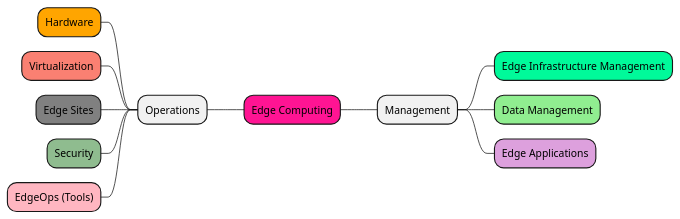
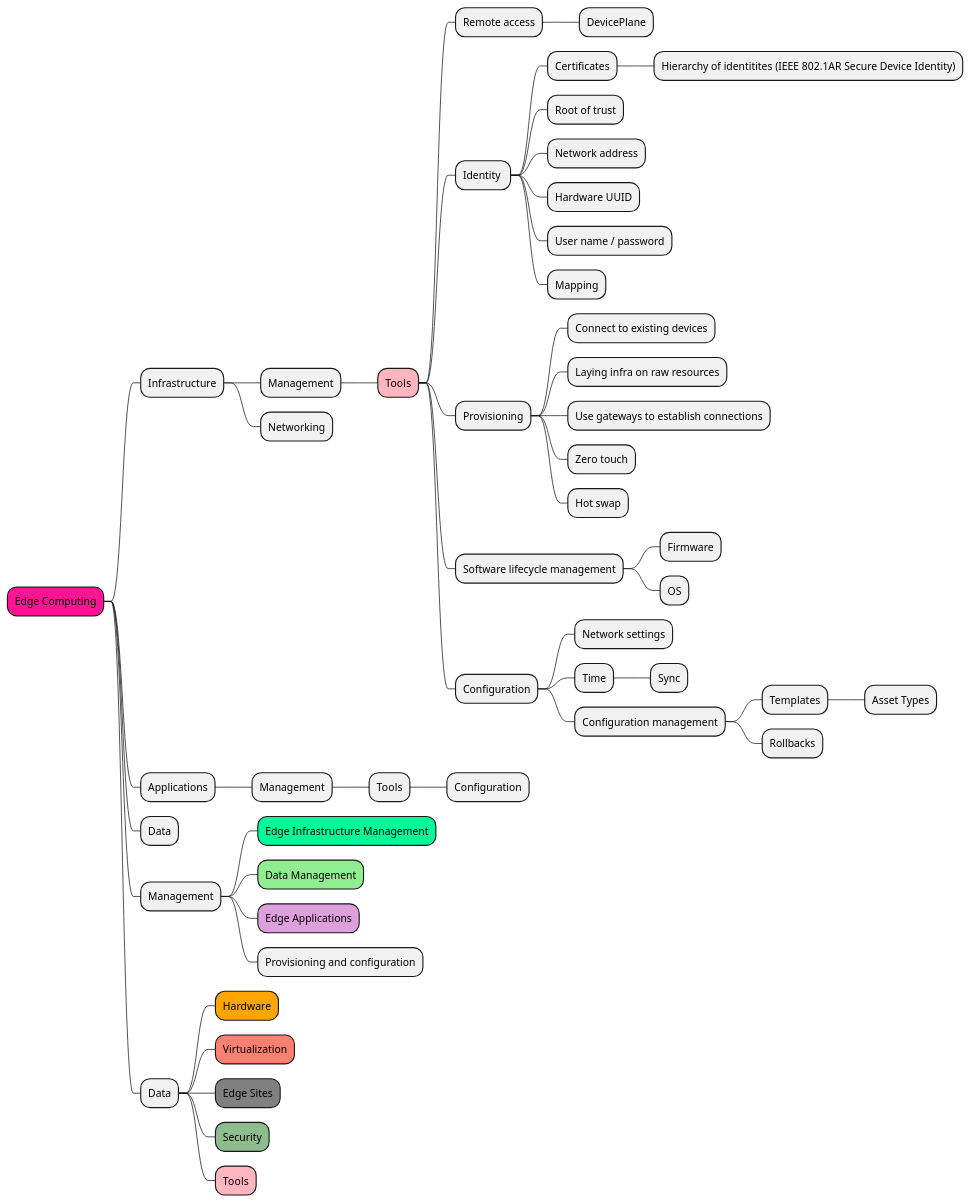
One commit to Eclipse-Edge-Native/Edge-Landscape changed the diagram in landscape/src/main/asciidoc/assets/plantuml/high-level-landscape.puml. Above: the diagram before and after it, drawn with PlantUML.

Commit message:
Changes from the July 21, 2021 work session.

```diff
--- a/landscape/src/main/asciidoc/assets/plantuml/high-level-landscape.puml
+++ b/landscape/src/main/asciidoc/assets/plantuml/high-level-landscape.puml
@@ -1,19 +1,60 @@
 @startmindmap
 
 *[#DeepPink] Edge Computing
+
+** Infrastructure
+*** Management
+****[#LightPink] Tools
+***** Remote access
+****** DevicePlane
+***** Identity 
+****** Certificates
+******* Hierarchy of identitites (IEEE 802.1AR Secure Device Identity)
+****** Root of trust
+****** Network address
+****** Hardware UUID
+****** User name / password
+****** Mapping
+***** Provisioning
+****** Connect to existing devices
+****** Laying infra on raw resources
+****** Use gateways to establish connections
+****** Zero touch
+****** Hot swap
+***** Software lifecycle management
+****** Firmware
+****** OS
+***** Configuration
+****** Network settings
+****** Time
+******* Sync
+****** Configuration management
+******* Templates
+******** Asset Types
+******* Rollbacks
+
+*** Networking
+** Applications
+*** Management
+**** Tools
+***** Configuration
+** Data
+
+
+
 
 ** Management
 ***[#MediumSpringGreen] Edge Infrastructure Management
 ***[#LightGreen] Data Management
 ***[#Plum] Edge Applications
+*** Provisioning and configuration
 
-Left Side
 
-** Operations
+** Data
 ***[#Orange] Hardware
 ***[#Salmon] Virtualization
 ***[#Grey] Edge Sites
 ***[#DarkSeaGreen] Security
-***[#LightPink] EdgeOps (Tools)
+***[#LightPink] Tools
 
 @endmindmap
```
